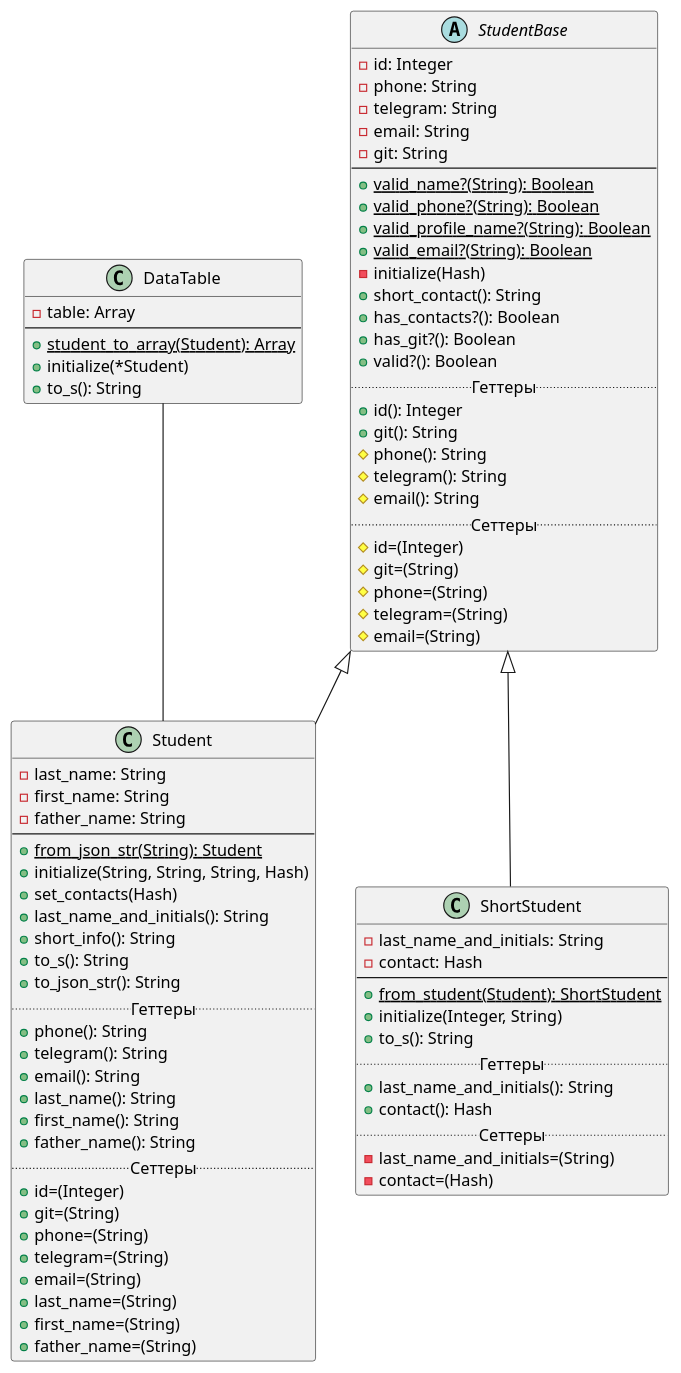
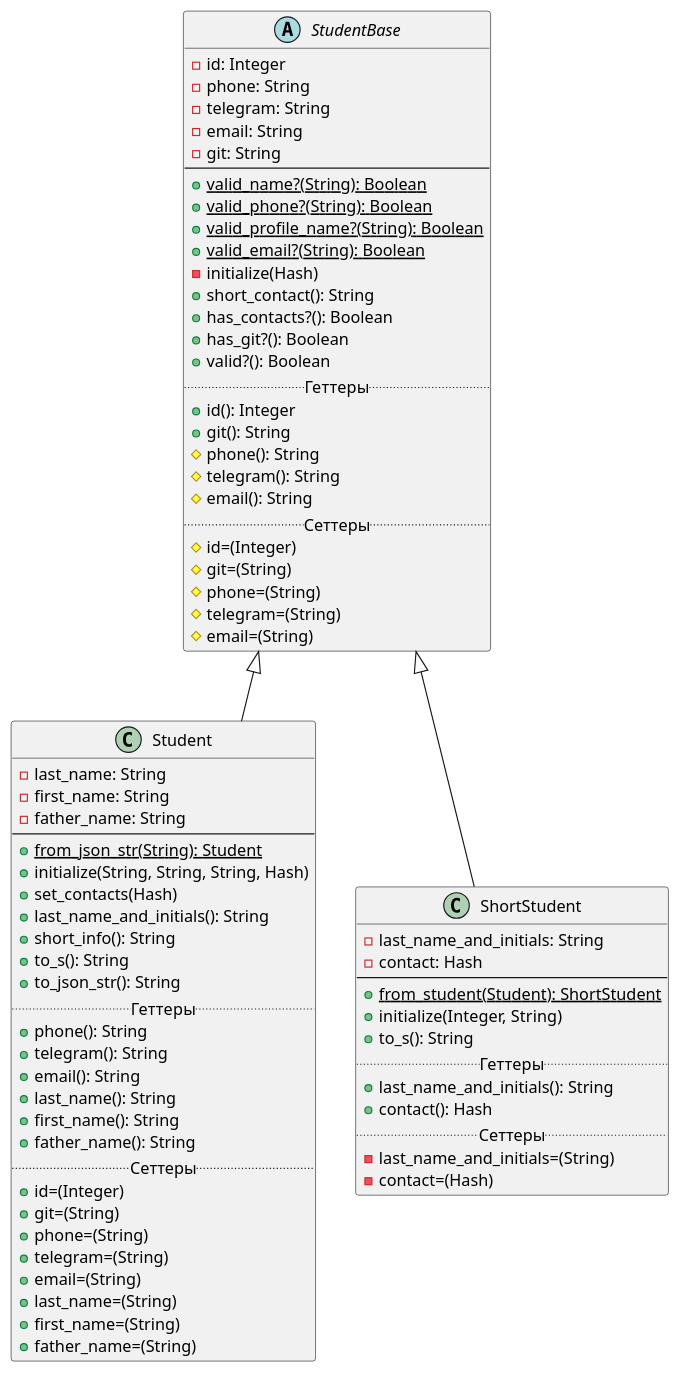
The diagram in Diagrams/lab2.puml (r1411/PatternsLabs), drawn with PlantUML before and after one commit. The commit also changed 3 other files, not shown here.

Commit message:
Revert "Класс DataTable (Лаб 2, Задание 3.1)"

```diff
--- a/Diagrams/lab2.puml
+++ b/Diagrams/lab2.puml
@@ -1,89 +1,79 @@
 @startuml
 'https://plantuml.com/class-diagram
-
-DataTable -- Student
 
 abstract class StudentBase {
     -id: Integer
     -phone: String
     -telegram: String
     -email: String
     -git: String
     --
     +{static}valid_name?(String): Boolean
     +{static}valid_phone?(String): Boolean
     +{static}valid_profile_name?(String): Boolean
     +{static}valid_email?(String): Boolean
     -initialize(Hash)
     +short_contact(): String
     +has_contacts?(): Boolean
     +has_git?(): Boolean
     +valid?(): Boolean
     .. Геттеры ..
     +id(): Integer
     +git(): String
     #phone(): String
     #telegram(): String
     #email(): String
     .. Сеттеры ..
     #id=(Integer)
     #git=(String)
     #phone=(String)
     #telegram=(String)
     #email=(String)
 }
 
 class Student extends StudentBase {
     -last_name: String
     -first_name: String
     -father_name: String
     --
     +{static}from_json_str(String): Student
     +initialize(String, String, String, Hash)
     +set_contacts(Hash)
     +last_name_and_initials(): String
     +short_info(): String
     +to_s(): String
     +to_json_str(): String
     .. Геттеры ..
     +phone(): String
     +telegram(): String
     +email(): String
     +last_name(): String
     +first_name(): String
     +father_name(): String
     .. Сеттеры ..
     +id=(Integer)
     +git=(String)
     +phone=(String)
     +telegram=(String)
     +email=(String)
     +last_name=(String)
     +first_name=(String)
     +father_name=(String)
 }
 
 class ShortStudent extends StudentBase {
     -last_name_and_initials: String
     -contact: Hash
     --
     +{static}from_student(Student): ShortStudent
     +initialize(Integer, String)
     +to_s(): String
     .. Геттеры ..
     +last_name_and_initials(): String
     +contact(): Hash
     .. Сеттеры ..
     -last_name_and_initials=(String)
     -contact=(Hash)
 }
 
-class DataTable {
-    -table: Array
-    --
-    {static}+student_to_array(Student): Array
-    +initialize(*Student)
-    +to_s(): String
-}
-
 @enduml
```
